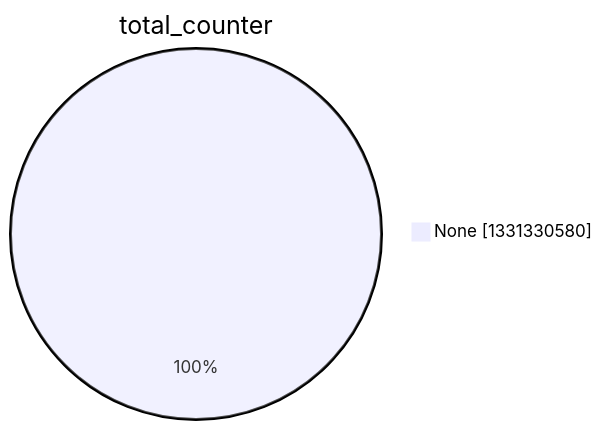
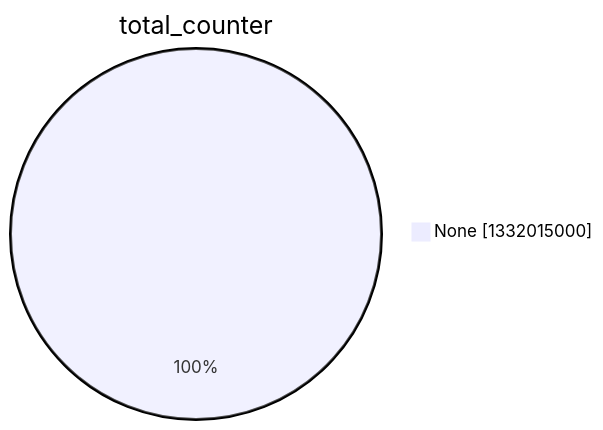
One commit to christiankrug/ctmonitor_visualization changed the second of 15 diagrams in argon2022/README.md. Above: the diagram before and after it, drawn with Mermaid. The commit also changed other lines of this file, not shown here.

````diff
--- a/argon2022/README.md
+++ b/argon2022/README.md
@@ -9,5 +9,5 @@
 ```mermaid
 pie showData
 title total_counter
-"None" :1331330580
+"None" :1332015000
 ```
````
